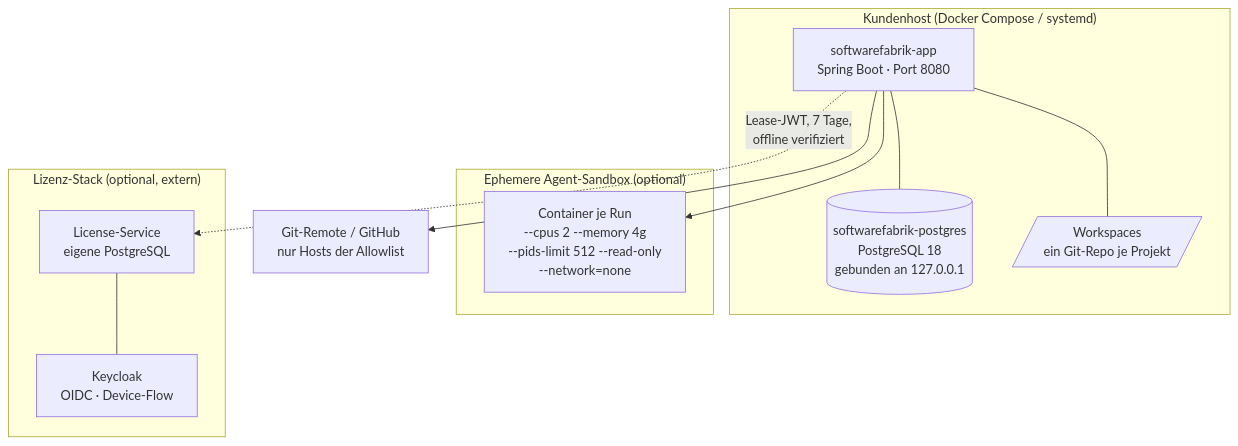
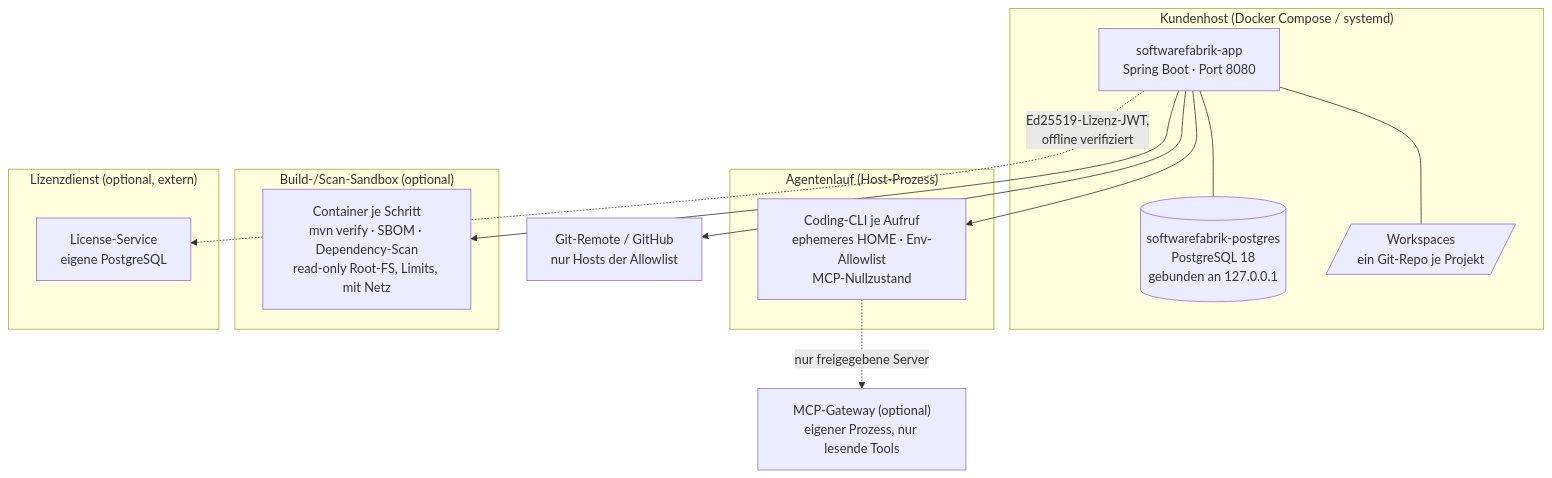
One commit to mjanda0815/agentic-publikation changed the diagram in abbildungen/abb29.mmd. Above: the diagram before and after it, drawn with Mermaid. The commit also changed 57 other files, not shown here.

First line of the commit message:
Version 3.1: Abgleich auf SoftwareFabrik 0.38.0 (Spec-Driven Development, MCP-Absicherung, Offline-Verifier) (#1)

```diff
--- a/abbildungen/abb29.mmd
+++ b/abbildungen/abb29.mmd
@@ -1,24 +1,30 @@
 flowchart TB
     subgraph HOST["Kundenhost (Docker Compose / systemd)"]
         APP["softwarefabrik-app<br/>Spring Boot · Port 8080"]
         PG[("softwarefabrik-postgres<br/>PostgreSQL 18<br/>gebunden an 127.0.0.1")]
         WSV[/"Workspaces<br/>ein Git-Repo je Projekt"/]
         APP --- PG
         APP --- WSV
     end
 
-    subgraph SBX["Ephemere Agent-Sandbox (optional)"]
-        CT["Container je Run<br/>--cpus 2 --memory 4g<br/>--pids-limit 512 --read-only<br/>--network=none"]
+    subgraph AGT["Agentenlauf (Host-Prozess)"]
+        CLI["Coding-CLI je Aufruf<br/>ephemeres HOME · Env-Allowlist<br/>MCP-Nullzustand"]
     end
 
-    subgraph LICS["Lizenz-Stack (optional, extern)"]
-        KC["Keycloak<br/>OIDC · Device-Flow"]
+    subgraph SBX["Build-/Scan-Sandbox (optional)"]
+        CT["Container je Schritt<br/>mvn verify · SBOM · Dependency-Scan<br/>read-only Root-FS, Limits, mit Netz"]
+    end
+
+    GW["MCP-Gateway (optional)<br/>eigener Prozess, nur lesende Tools"]
+
+    subgraph LICS["Lizenzdienst (optional, extern)"]
         LS["License-Service<br/>eigene PostgreSQL"]
     end
 
     REM["Git-Remote / GitHub<br/>nur Hosts der Allowlist"]
 
+    APP --> CLI
     APP --> CT
-    APP -. "Lease-JWT, 7 Tage,<br/>offline verifiziert" .-> LS
-    LS --- KC
+    CLI -. "nur freigegebene Server" .-> GW
+    APP -. "Ed25519-Lizenz-JWT,<br/>offline verifiziert" .-> LS
     APP --> REM
```
